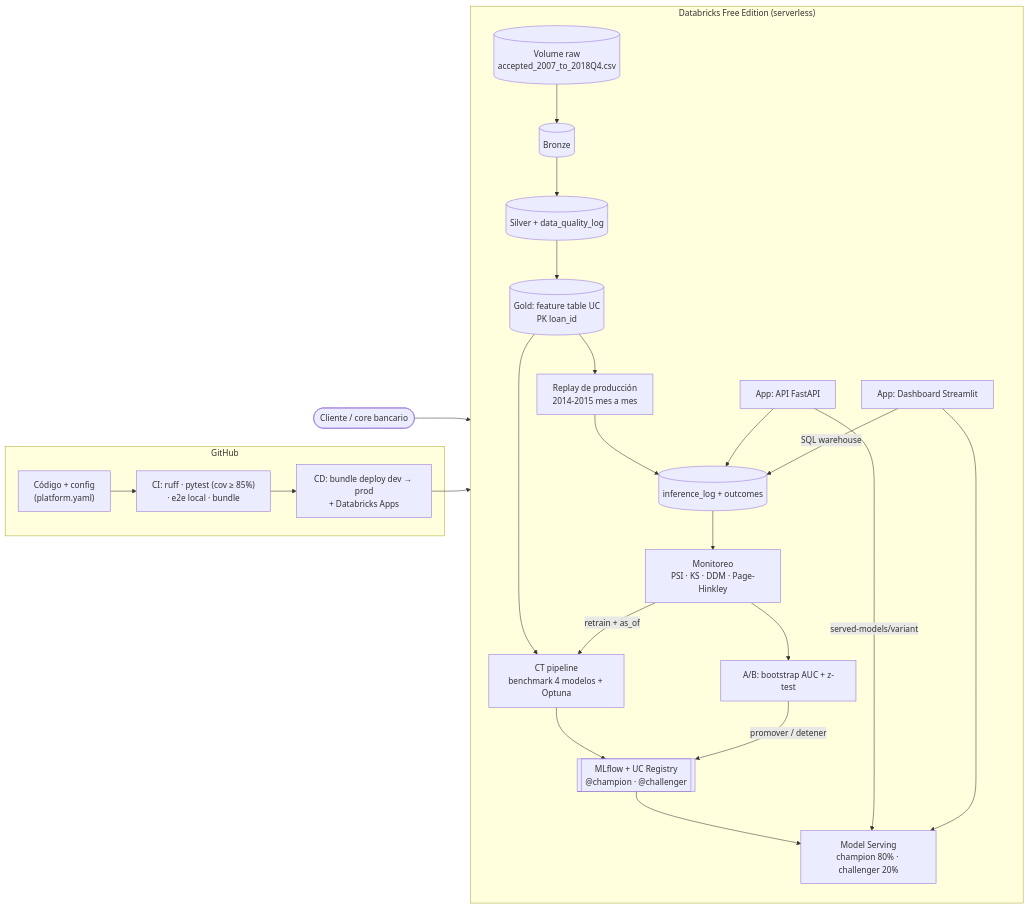
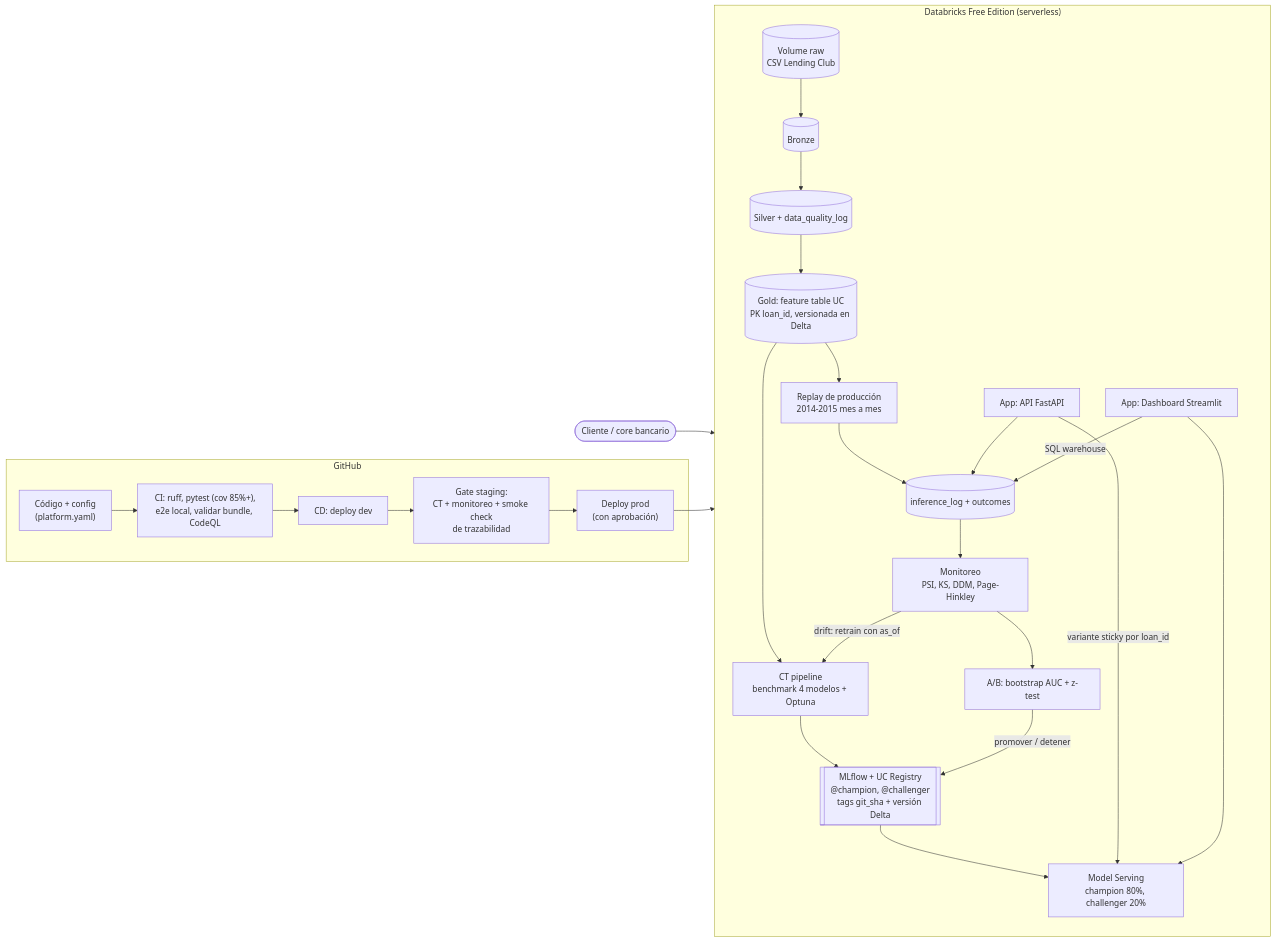
The diagram in README.md (wilder14-eslu/credit-risk-platform-2.0), drawn with Mermaid before and after one commit. The commit also changed other lines of this file and 1 other file, not shown here.

Commit message:
docs: README para revisión y reporte técnico con arquitectura, resultados y limitaciones

````diff
--- a/README.md
+++ b/README.md
@@ -32,30 +50,32 @@
 ```mermaid
 flowchart LR
     subgraph GH["GitHub"]
-        code["Código + config<br/>(platform.yaml)"] --> ci["CI: ruff · pytest (cov ≥ 85%)<br/>· e2e local · bundle"]
-        ci --> cd["CD: bundle deploy dev → prod<br/>+ Databricks Apps"]
+        code["Código + config<br/>(platform.yaml)"] --> ci["CI: ruff, pytest (cov 85%+),<br/>e2e local, validar bundle, CodeQL"]
+        ci --> dev["CD: deploy dev"]
+        dev --> stg["Gate staging:<br/>CT + monitoreo + smoke check<br/>de trazabilidad"]
+        stg --> prod["Deploy prod<br/>(con aprobación)"]
     end
 
     subgraph DBX["Databricks Free Edition (serverless)"]
         direction TB
-        vol[("Volume raw<br/>accepted_2007_to_2018Q4.csv")] --> bronze[("Bronze")]
+        vol[("Volume raw<br/>CSV Lending Club")] --> bronze[("Bronze")]
         bronze --> silver[("Silver + data_quality_log")]
-        silver --> gold[("Gold: feature table UC<br/>PK loan_id")]
+        silver --> gold[("Gold: feature table UC<br/>PK loan_id, versionada en Delta")]
         gold --> train["CT pipeline<br/>benchmark 4 modelos + Optuna"]
-        train --> reg[["MLflow + UC Registry<br/>@champion · @challenger"]]
-        reg --> serve["Model Serving<br/>champion 80% · challenger 20%"]
+        train --> reg[["MLflow + UC Registry<br/>@champion, @challenger<br/>tags git_sha + versión Delta"]]
+        reg --> serve["Model Serving<br/>champion 80%, challenger 20%"]
         gold --> replay["Replay de producción<br/>2014-2015 mes a mes"]
         replay --> log[("inference_log + outcomes")]
-        log --> mon["Monitoreo<br/>PSI · KS · DDM · Page-Hinkley"]
+        log --> mon["Monitoreo<br/>PSI, KS, DDM, Page-Hinkley"]
         mon --> ab["A/B: bootstrap AUC + z-test"]
         ab -->|promover / detener| reg
-        mon -->|retrain + as_of| train
-        api["App: API FastAPI"] -->|served-models/variant| serve
+        mon -->|drift: retrain con as_of| train
+        api["App: API FastAPI"] -->|variante sticky por loan_id| serve
         api --> log
         dash["App: Dashboard Streamlit"] --> serve
         dash -->|SQL warehouse| log
     end
 
-    cd --> DBX
+    prod --> DBX
     client(["Cliente / core bancario"]) --> api
 ```
````
